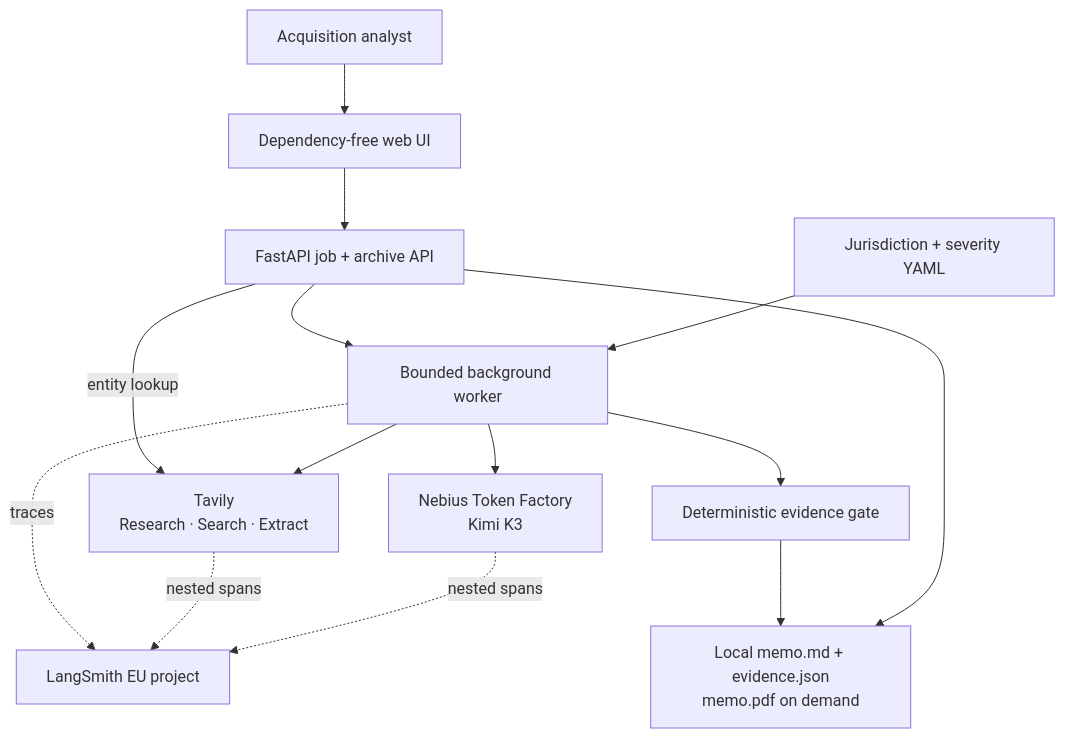
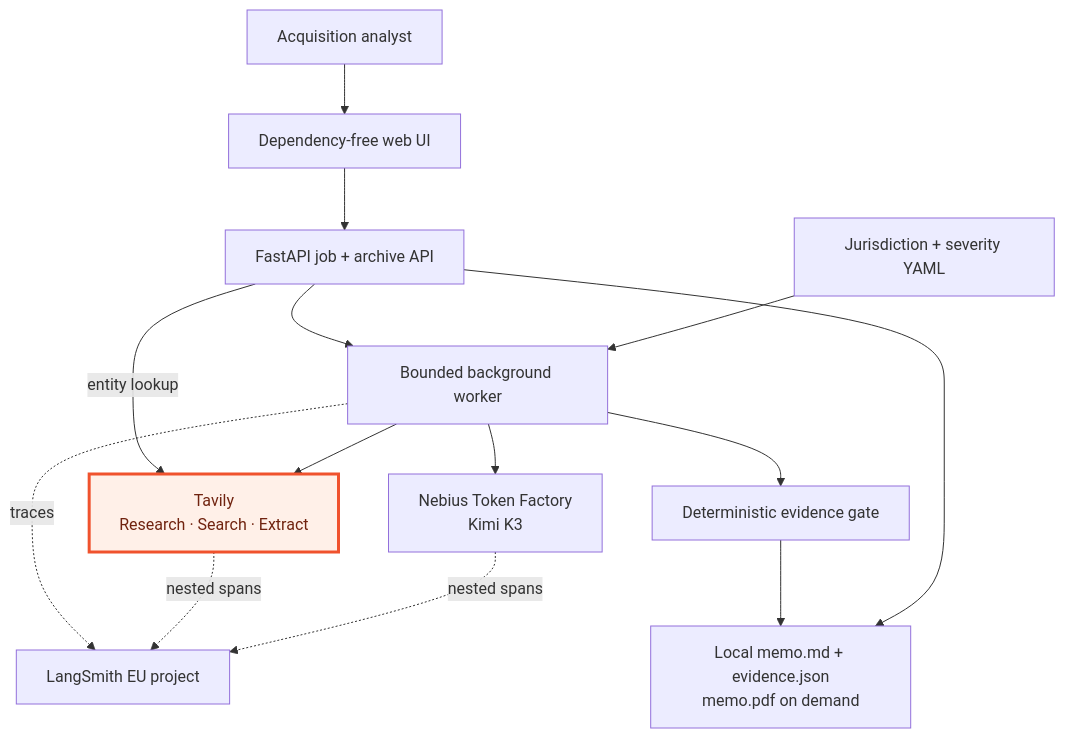
Before and after one commit to 0xtigerclaw/deal_lens: the first of 8 diagrams in docs/ARCHITECTURE.md, drawn with Mermaid. The commit also changed other lines of this file and 12 other files, not shown here.

````diff
--- a/docs/ARCHITECTURE.md
+++ b/docs/ARCHITECTURE.md
@@ -8,26 +10,29 @@
 ```mermaid
 flowchart TB
     Analyst["Acquisition analyst"]
     UI["Dependency-free web UI"]
     API["FastAPI job + archive API"]
     Worker["Bounded background worker"]
     Config["Jurisdiction + severity YAML"]
     Tavily["Tavily<br/>Research · Search · Extract"]
     Nebius["Nebius Token Factory<br/>Kimi K3"]
     Gate["Deterministic evidence gate"]
     Artifacts["Local memo.md + evidence.json<br/>memo.pdf on demand"]
     LS["LangSmith EU project"]
 
     Analyst --> UI --> API
     API -->|"entity lookup"| Tavily
     API --> Worker
     Config --> Worker
     Worker --> Tavily
     Worker --> Nebius
     Worker --> Gate
     Gate --> Artifacts
     API --> Artifacts
     Worker -. "traces" .-> LS
     Tavily -. "nested spans" .-> LS
     Nebius -. "nested spans" .-> LS
+
+    classDef tavily fill:#fff0e8,stroke:#f0522d,stroke-width:3px,color:#70230f
+    class Tavily tavily
 ```
````
